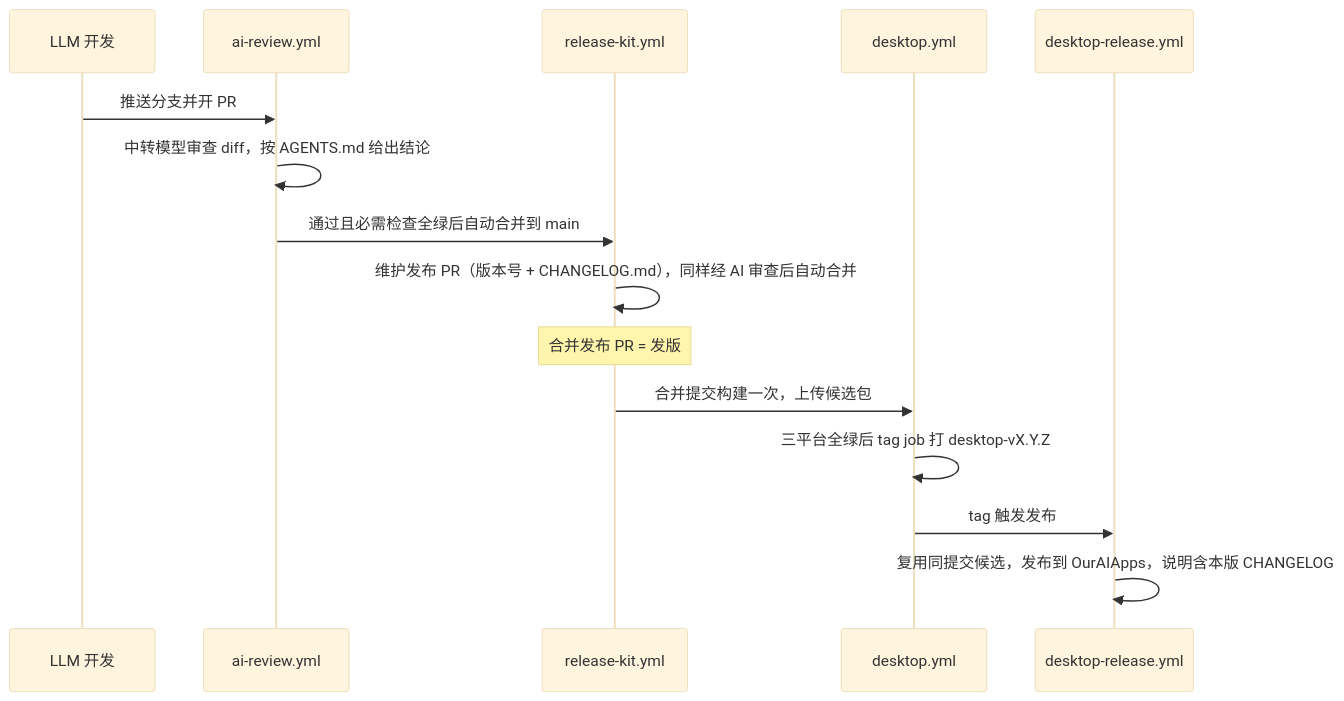
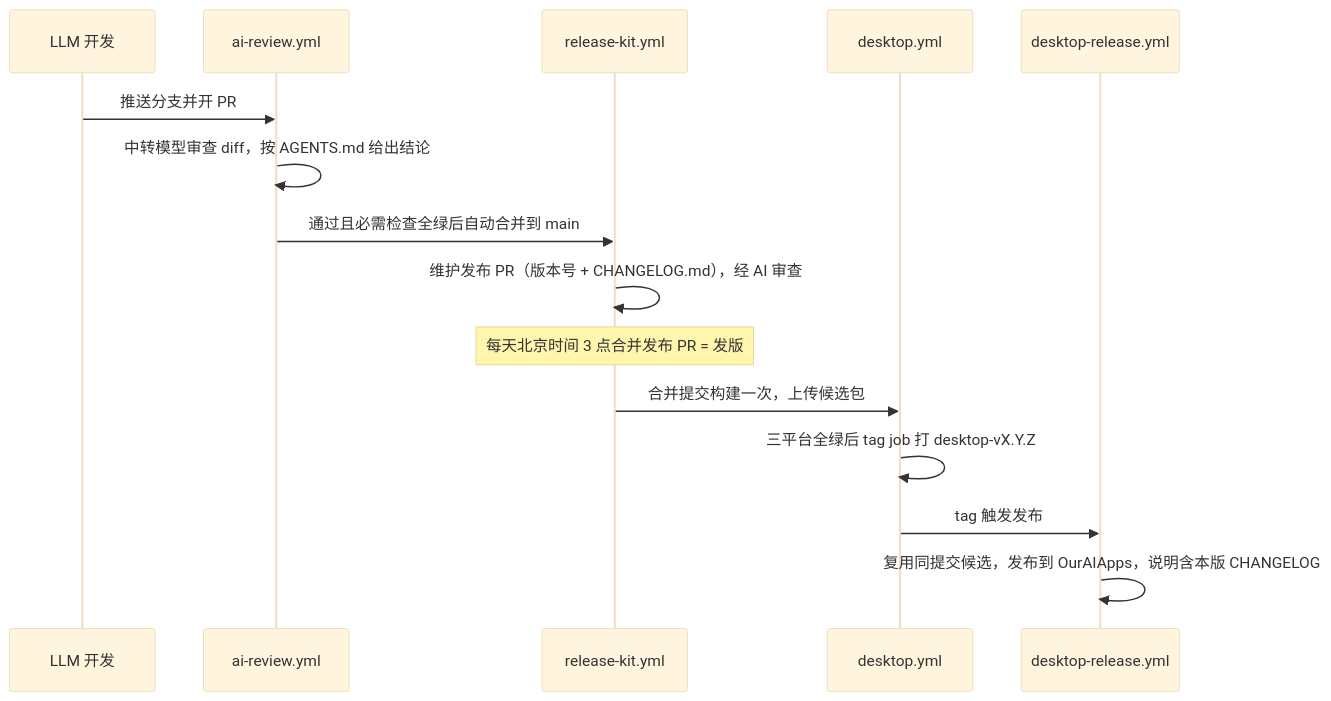
The diagram in docs/42-版本管理与发布流程方案.md (ouraihub/AutoNote), drawn with Mermaid (base theme) before and after one commit. The commit also changed other lines of this file and 3 other files, not shown here.

````diff
--- a/docs/42-版本管理与发布流程方案.md
+++ b/docs/42-版本管理与发布流程方案.md
@@ -9,17 +9,17 @@
 ```mermaid
 sequenceDiagram
   participant Dev as LLM 开发
   participant AI as ai-review.yml
   participant RP as release-kit.yml
   participant D as desktop.yml
   participant R as desktop-release.yml
   Dev->>AI: 推送分支并开 PR
   AI->>AI: 中转模型审查 diff，按 AGENTS.md 给出结论
   AI->>RP: 通过且必需检查全绿后自动合并到 main
-  RP->>RP: 维护发布 PR（版本号 + CHANGELOG.md），同样经 AI 审查后自动合并
-  Note over RP: 合并发布 PR = 发版
+  RP->>RP: 维护发布 PR（版本号 + CHANGELOG.md），经 AI 审查
+  Note over RP: 每天北京时间 3 点合并发布 PR = 发版
   RP->>D: 合并提交构建一次，上传候选包
   D->>D: 三平台全绿后 tag job 打 desktop-vX.Y.Z
   D->>R: tag 触发发布
   R->>R: 复用同提交候选，发布到 OurAIApps，说明含本版 CHANGELOG
 ```
````
